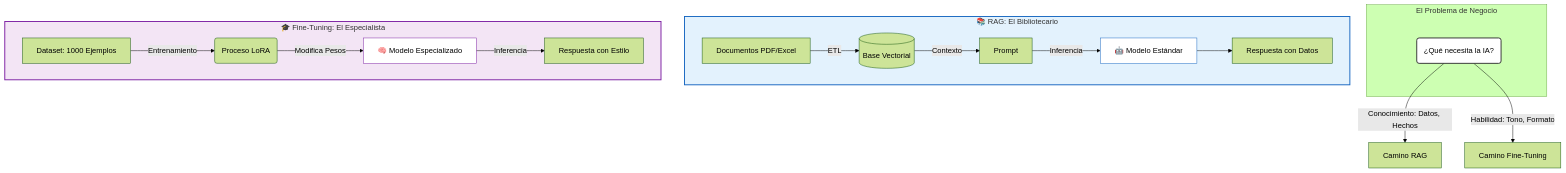
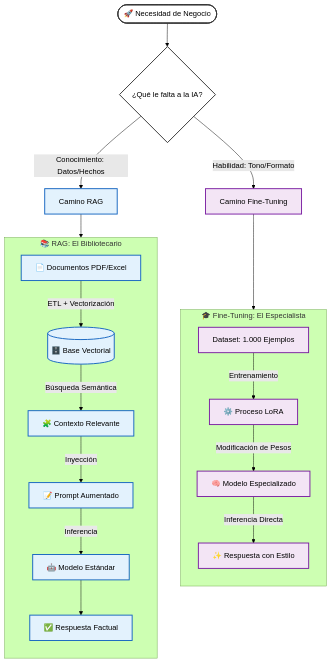
The diagram in docs/guias/07-Fine-Tuning.md (jccarvajal/Arquitectura-IA), drawn with Mermaid (forest theme) before and after one commit.

````diff
--- a/docs/guias/07-Fine-Tuning.md
+++ b/docs/guias/07-Fine-Tuning.md
@@ -24,30 +24,43 @@
 ```mermaid
 graph TD
-    subgraph PROBLEM [El Problema de Negocio]
-        Need(¿Qué necesita la IA?)
+    %% ESTILOS (Alto Contraste: Fondo claro, Texto negro)
+    classDef base fill:#ffffff,stroke:#333,stroke-width:2px,color:#000;
+    classDef blue fill:#e3f2fd,stroke:#1565c0,stroke-width:2px,color:#000;
+    classDef purple fill:#f3e5f5,stroke:#7b1fa2,stroke-width:2px,color:#000;
+
+    %% 1. EL PROBLEMA
+    Start([🚀 Necesidad de Negocio]) --> Decision{¿Qué le falta a la IA?}
+    class Start,Decision base;
+
+    %% 2. RAMIFICACIÓN
+    Decision -->|Conocimiento: Datos/Hechos| NodeRAG[Camino RAG]
+    Decision -->|Habilidad: Tono/Formato| NodeFT[Camino Fine-Tuning]
+    class NodeRAG blue;
+    class NodeFT purple;
+
+    %% 3. ARQUITECTURA RAG (Columna Izquierda)
+    subgraph RAG_BOX [📚 RAG: El Bibliotecario]
+        direction TB
+        Doc[📄 Documentos PDF/Excel] -->|ETL + Vectorización| DB[(🗄️ Base Vectorial)]
+        DB -->|Búsqueda Semántica| Context[🧩 Contexto Relevante]
+        Context -->|Inyección| Prompt[📝 Prompt Aumentado]
+        Prompt -->|Inferencia| Model1[🤖 Modelo Estándar]
+        Model1 --> Res1[✅ Respuesta Factual]
     end
 
-    %% CAMINO RAG
-    Need -->|Conocimiento: Datos, Hechos| PathRAG[Camino RAG]
-    subgraph RAG_ARCH [📚 RAG: El Bibliotecario]
-        Docs[Documentos PDF/Excel] -->|ETL| VectorDB[(Base Vectorial)]
-        VectorDB -->|Contexto| Prompt
-        Prompt -->|Inferencia| Model1[🤖 Modelo Estándar]
-        Model1 --> Out1[Respuesta con Datos]
+    %% 4. ARQUITECTURA FINE-TUNING (Columna Derecha)
+    subgraph FT_BOX [🎓 Fine-Tuning: El Especialista]
+        direction TB
+        Data[Dataset: 1.000 Ejemplos] -->|Entrenamiento| Train[⚙️ Proceso LoRA]
+        Train -->|Modificación de Pesos| Model2[🧠 Modelo Especializado]
+        Model2 -->|Inferencia Directa| Res2[✨ Respuesta con Estilo]
     end
 
-    %% CAMINO FINE-TUNING
-    Need -->|Habilidad: Tono, Formato| PathFT[Camino Fine-Tuning]
-    subgraph FT_ARCH [🎓 Fine-Tuning: El Especialista]
-        Examples[Dataset: 1000 Ejemplos] -->|Entrenamiento| Training(Proceso LoRA)
-        Training -->|Modifica Pesos| Model2[🧠 Modelo Especializado]
-        Model2 -->|Inferencia| Out2[Respuesta con Estilo]
-    end
+    %% CONEXIONES FINALES
+    NodeRAG --> RAG_BOX
+    NodeFT --> FT_BOX
 
-    %% ESTILOS
-    style RAG_ARCH fill:#e3f2fd,stroke:#1565c0,stroke-width:2px
-    style FT_ARCH fill:#f3e5f5,stroke:#7b1fa2,stroke-width:2px
-    style Need fill:#fff,stroke:#333,stroke-width:2px,color:#000
-    style Model1 fill:#fff,stroke:#1565c0
-    style Model2 fill:#fff,stroke:#7b1fa2
+    %% APLICAR ESTILOS A NODOS INTERNOS
+    class Doc,DB,Context,Prompt,Model1,Res1 blue;
+    class Data,Train,Model2,Res2 purple;
 ```
````
